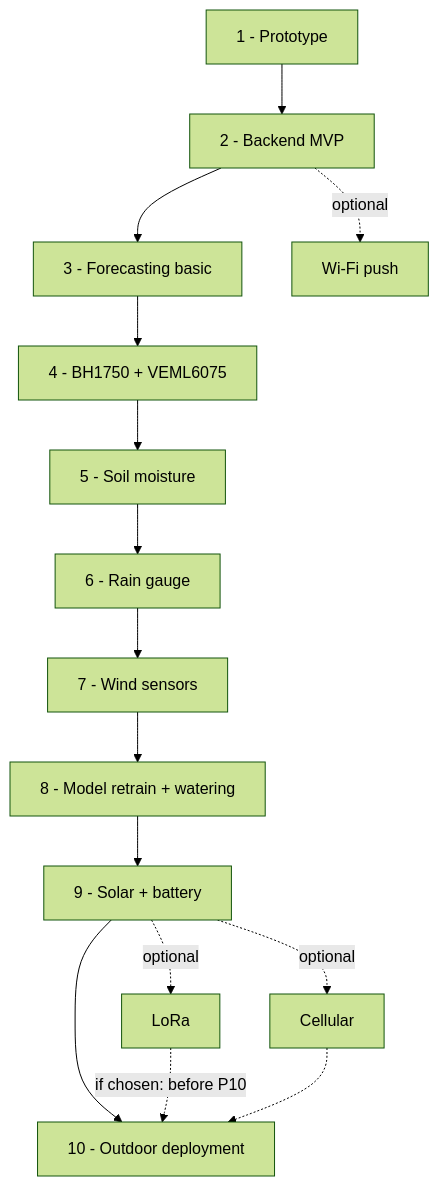
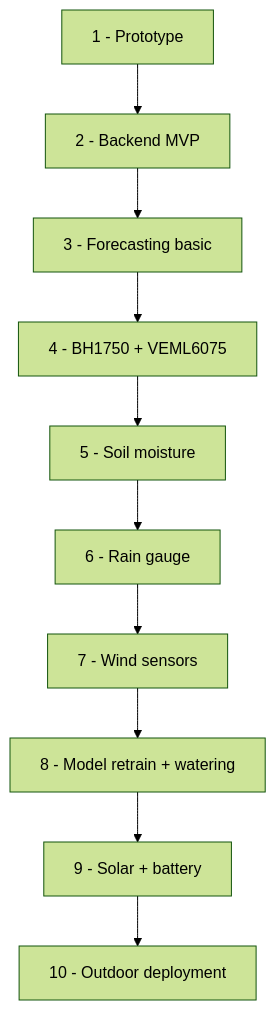
One commit to wg1d/personal-autonomous-weather-station changed the diagram in ROADMAP.md. Above: the diagram before and after it, drawn with Mermaid (forest theme). The commit also changed other lines of this file and 6 other files, not shown here.

Commit message:
docs: align roadmap, architecture, and merge firmware chapter

````diff
--- a/ROADMAP.md
+++ b/ROADMAP.md
@@ -29,17 +26,12 @@
 ```mermaid
 flowchart TD
     P1[1 - Prototype] --> P2[2 - Backend MVP]
     P2 --> P3[3 - Forecasting basic]
     P3 --> P4[4 - BH1750 + VEML6075]
     P4 --> P5[5 - Soil moisture]
     P5 --> P6[6 - Rain gauge]
     P6 --> P7[7 - Wind sensors]
     P7 --> P8[8 - Model retrain + watering]
     P8 --> P9[9 - Solar + battery]
     P9 --> P10[10 - Outdoor deployment]
-    P2 -. optional .-> OWifi[Wi-Fi push]
-    P9 -. optional .-> OLora[LoRa]
-    P9 -. optional .-> OCellular[Cellular]
-    OLora -. if chosen: before P10 .-> P10
-    OCellular .-> P10
 ```
````
